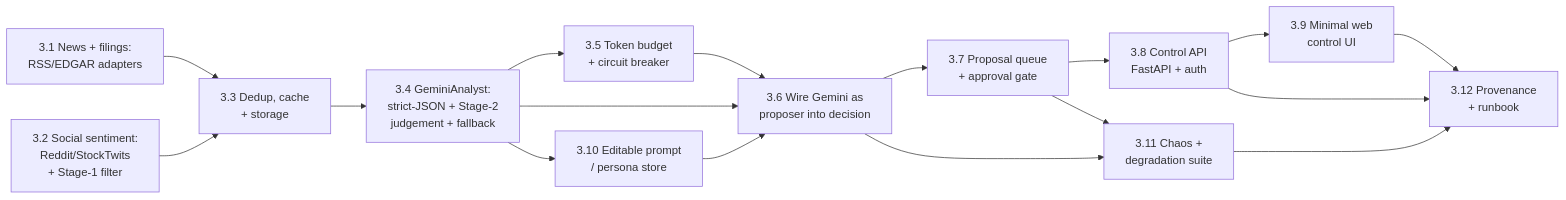
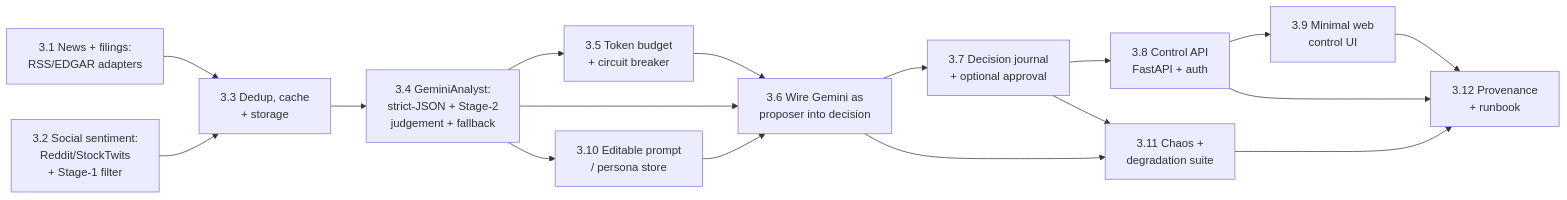
One commit to traxon99/clav changed the diagram in docs/epics/epic-03-gemini-and-control.md. Above: the diagram before and after it, drawn with Mermaid. The commit also changed other lines of this file and 2 other files, not shown here.

````diff
--- a/docs/epics/epic-03-gemini-and-control.md
+++ b/docs/epics/epic-03-gemini-and-control.md
@@ -174,19 +197,19 @@
 ```mermaid
 flowchart LR
     S1[3.1 News + filings:\nRSS/EDGAR adapters] --> S3[3.3 Dedup, cache\n+ storage]
     S2[3.2 Social sentiment:\nReddit/StockTwits\n+ Stage-1 filter] --> S3
     S3 --> S4[3.4 GeminiAnalyst:\nstrict-JSON + Stage-2\njudgement + fallback]
     S4 --> S5[3.5 Token budget\n+ circuit breaker]
     S4 --> S6[3.6 Wire Gemini as\nproposer into decision]
     S5 --> S6
-    S6 --> S7[3.7 Proposal queue\n+ approval gate]
+    S6 --> S7[3.7 Decision journal\n+ optional approval]
     S7 --> S8[3.8 Control API\nFastAPI + auth]
     S8 --> S9[3.9 Minimal web\ncontrol UI]
     S4 --> S10[3.10 Editable prompt\n/ persona store]
     S10 --> S6
     S6 --> S11[3.11 Chaos +\ndegradation suite]
     S7 --> S11
     S8 --> S12[3.12 Provenance\n+ runbook]
     S9 --> S12
     S11 --> S12
 ```
````
